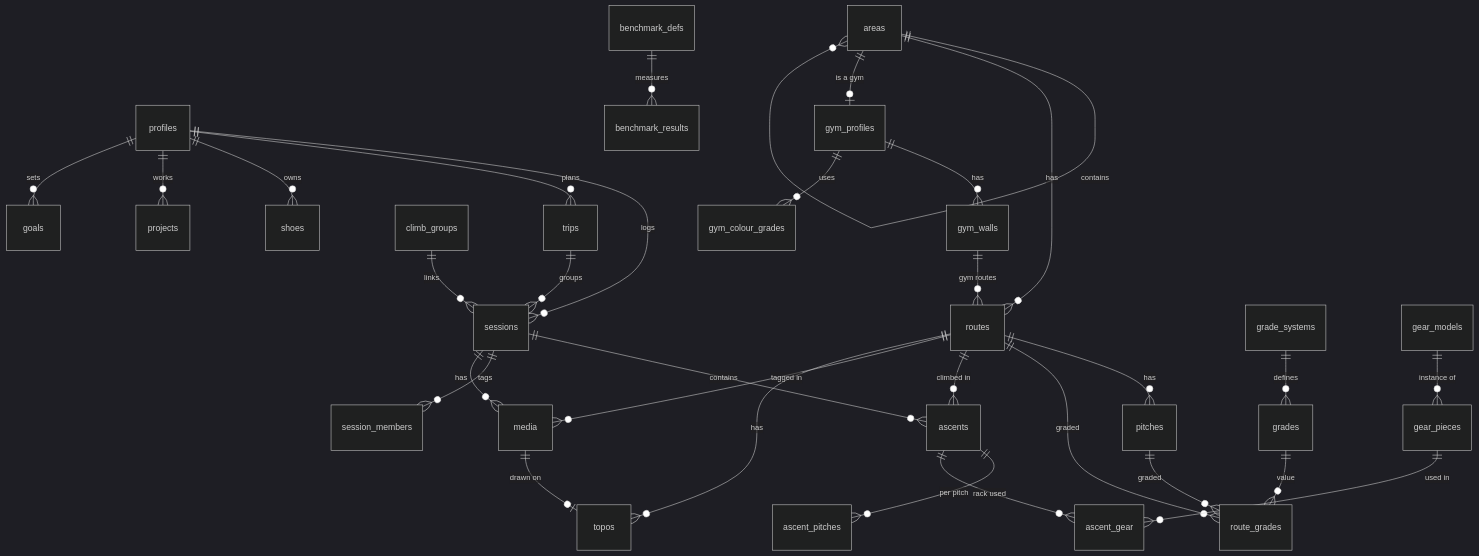
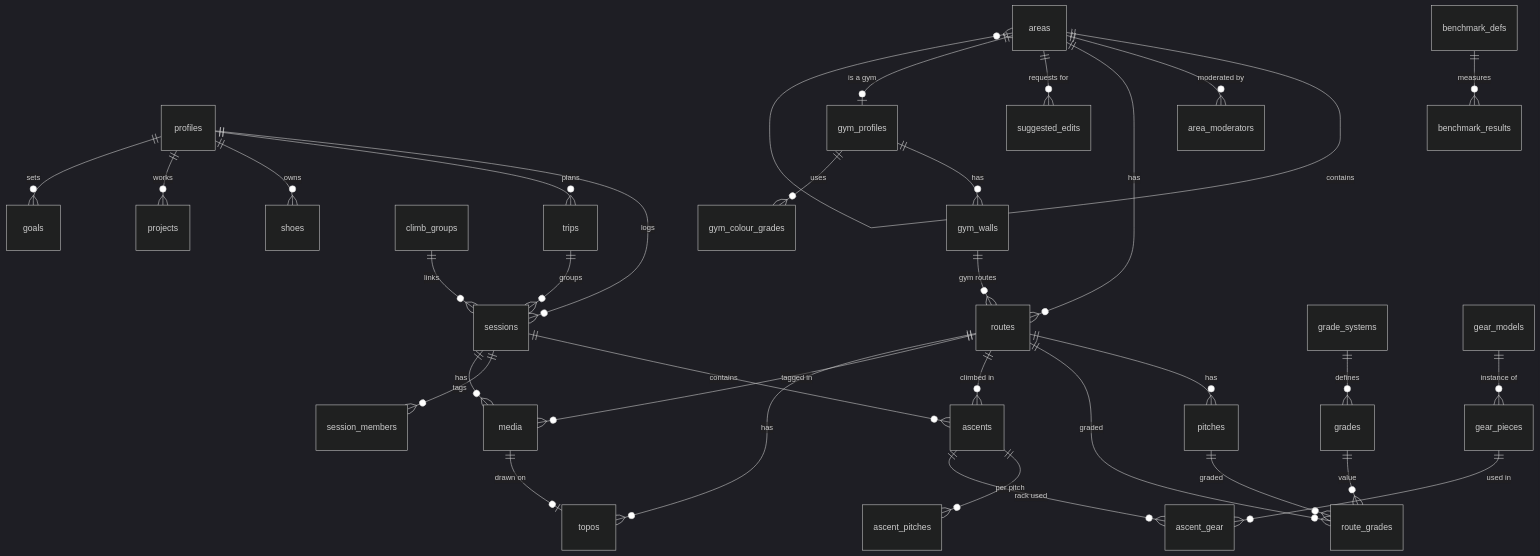
Before and after one commit to ChristianSivertsen/pitchbook: the diagram in docs/schema.md, drawn with Mermaid (dark theme). The commit also changed other lines of this file and 1 other file, not shown here.

First line of the commit message:
docs: moderated shared crags and routes, private gym routes

````diff
--- a/docs/schema.md
+++ b/docs/schema.md
@@ -25,33 +25,35 @@
 ```mermaid
 erDiagram
   profiles ||--o{ sessions : logs
   profiles ||--o{ trips : plans
   trips ||--o{ sessions : groups
   areas ||--o{ areas : contains
+  areas ||--o{ area_moderators : "moderated by"
   areas ||--o{ routes : has
+  areas ||--o{ suggested_edits : "requests for"
   areas ||--o| gym_profiles : "is a gym"
   gym_profiles ||--o{ gym_walls : has
   gym_profiles ||--o{ gym_colour_grades : uses
   gym_walls ||--o{ routes : "gym routes"
   routes ||--o{ pitches : has
   routes ||--o{ route_grades : graded
   pitches ||--o{ route_grades : graded
   grade_systems ||--o{ grades : defines
   grades ||--o{ route_grades : value
   sessions ||--o{ ascents : contains
   sessions ||--o{ session_members : tags
   climb_groups ||--o{ sessions : links
   routes ||--o{ ascents : "climbed in"
   ascents ||--o{ ascent_pitches : "per pitch"
   ascents ||--o{ ascent_gear : "rack used"
   gear_pieces ||--o{ ascent_gear : "used in"
   gear_models ||--o{ gear_pieces : "instance of"
   sessions ||--o{ media : has
   routes ||--o{ media : "tagged in"
   routes ||--o{ topos : has
   media ||--o| topos : "drawn on"
   profiles ||--o{ shoes : owns
   profiles ||--o{ projects : works
   profiles ||--o{ goals : sets
   benchmark_defs ||--o{ benchmark_results : measures
 ```
````
